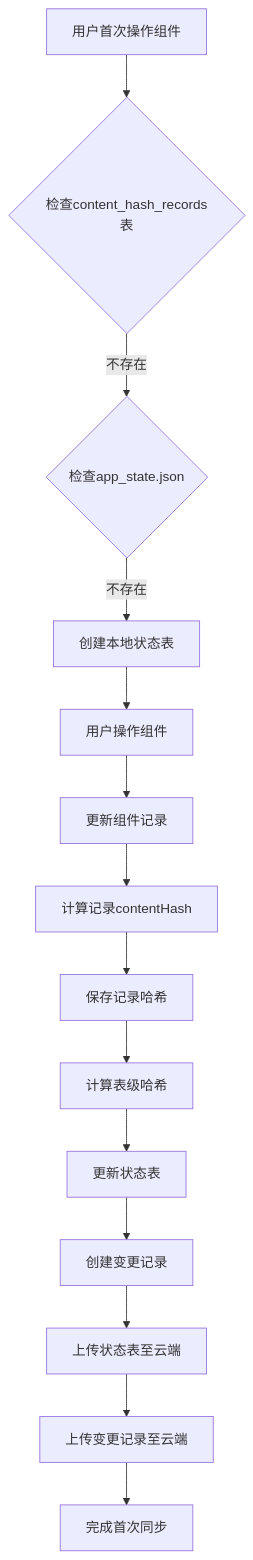
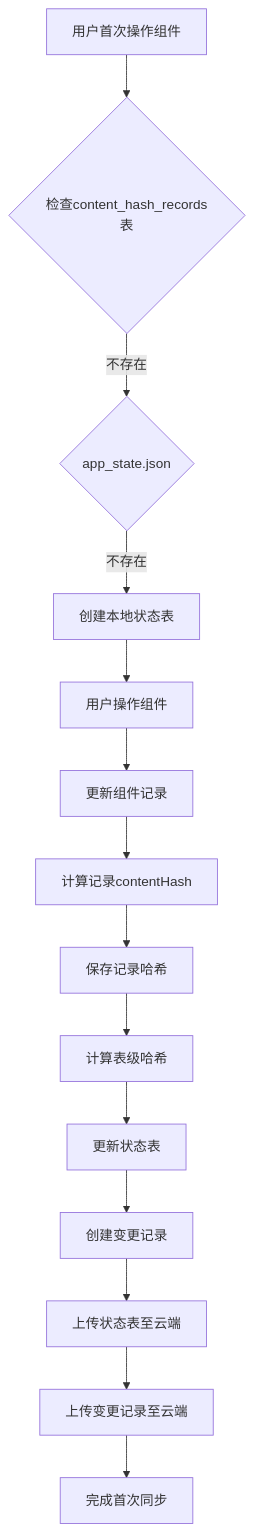
One commit to yingjianzh/iodraw-files changed the diagram in all/未命名-42.md. Above: the diagram before and after it, drawn with Mermaid.

Commit message:
2025-04-24 16:03:19 update

````diff
--- a/all/未命名-42.md
+++ b/all/未命名-42.md
@@ -1,21 +1,21 @@
 ```mermaid
 flowchart TD
     Start[用户首次操作组件] --> CheckLocalState{检查content_hash_records表}
-    CheckLocalState -- 不存在 --> CheckCloudState{检查app_state.json}
+    CheckLocalState -- 不存在 --> CheckCloudState{app_state.json}
     
     CheckCloudState -- 不存在 --> CreateLocalState[创建本地状态表]
     CreateLocalState --> FirstOperation[用户操作组件]
     
     FirstOperation --> UpdateRecord[更新组件记录]
     UpdateRecord --> CalculateHash[计算记录contentHash]
     CalculateHash --> SaveRecordHash[保存记录哈希]
     
     SaveRecordHash --> CalculateTableHash[计算表级哈希]
     CalculateTableHash --> UpdateStateTable[更新状态表]
     
     UpdateStateTable --> CreateChange[创建变更记录]
     CreateChange --> UploadState[上传状态表至云端]
     UploadState --> UploadChanges[上传变更记录至云端]
     
     UploadChanges --> CompleteFirstSync[完成首次同步]
 ```
````
